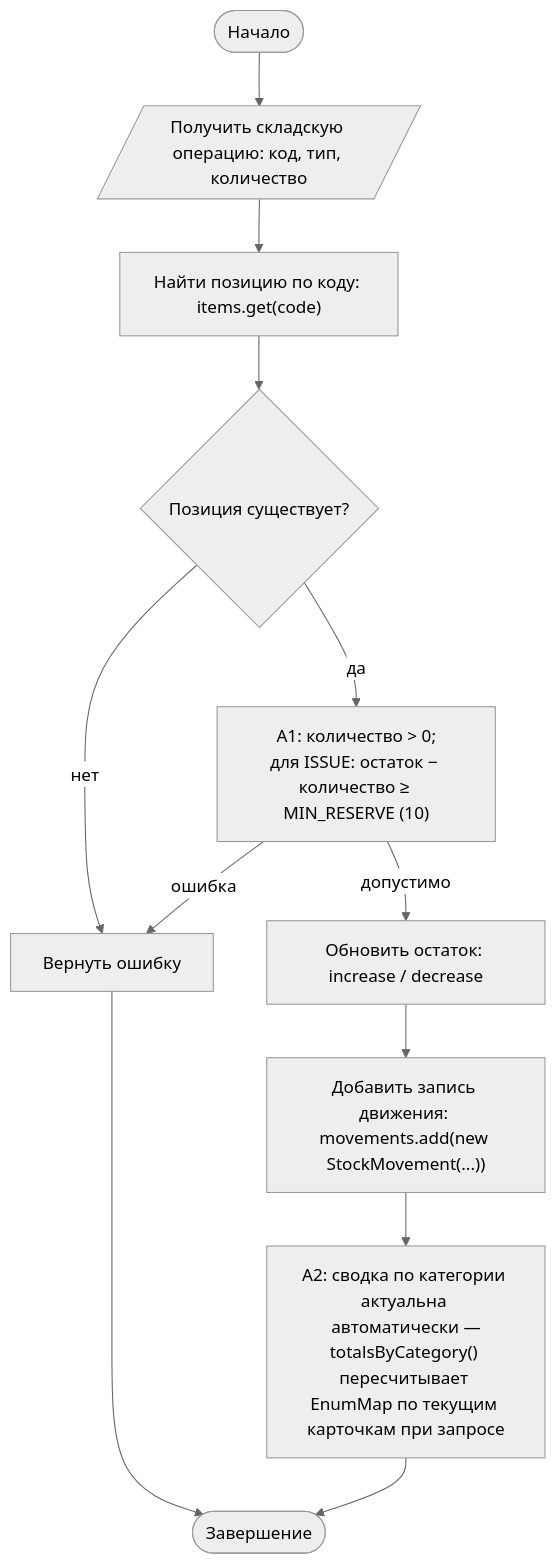
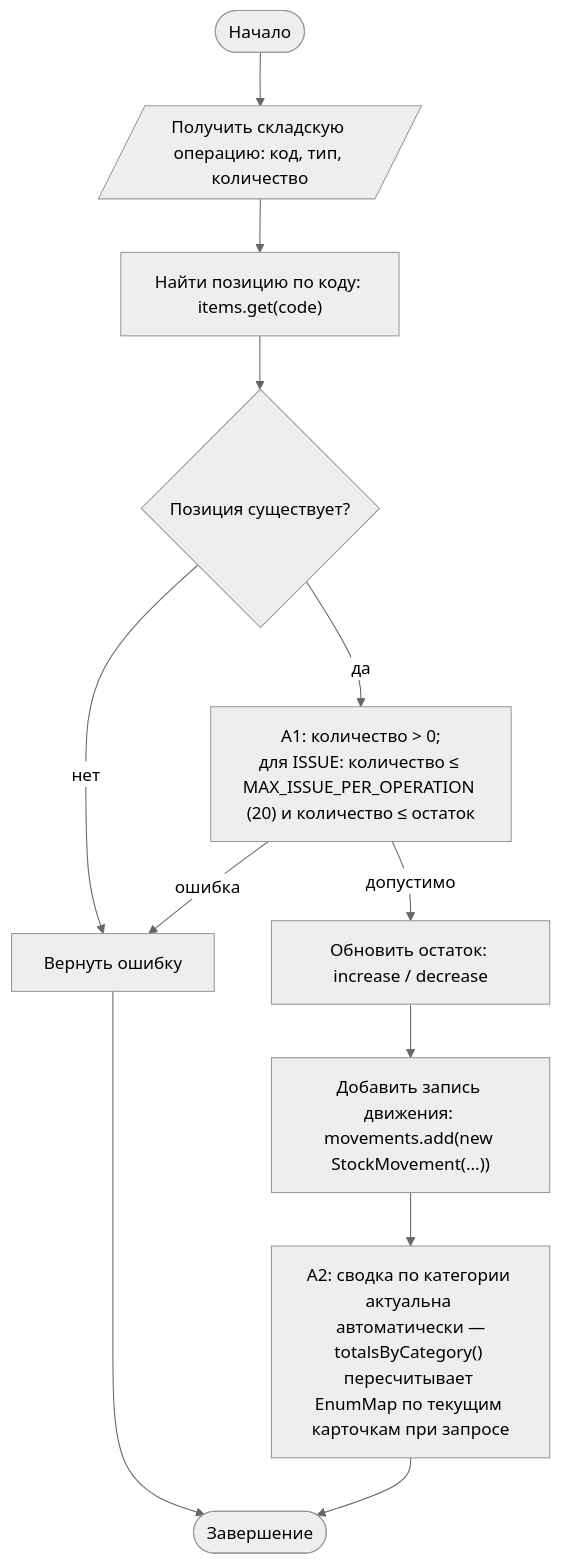
The first of 2 diagrams in pr09/README.md (f1shi/java-practice), drawn with Mermaid (neutral theme) before and after one commit. The commit also changed other lines of this file and 68 other files, not shown here.

````diff
--- a/pr09/README.md
+++ b/pr09/README.md
@@ -29,13 +30,13 @@
 ```mermaid
 flowchart TD
     S([Начало]) --> IN[/Получить складскую операцию: код, тип, количество/]
     IN --> F["Найти позицию по коду: items.get(code)"]
     F --> EX{Позиция существует?}
     EX -- нет --> ERR[Вернуть ошибку] --> E([Завершение])
-    EX -- да --> A1["A1: количество > 0;<br/>для ISSUE: остаток − количество ≥ MIN_RESERVE (10)"]
+    EX -- да --> A1["A1: количество > 0;<br/>для ISSUE: количество ≤ MAX_ISSUE_PER_OPERATION (20) и количество ≤ остаток"]
     A1 -- ошибка --> ERR
     A1 -- допустимо --> UPD["Обновить остаток: increase / decrease"]
     UPD --> MOV["Добавить запись движения: movements.add(new StockMovement(...))"]
     MOV --> A2["A2: сводка по категории актуальна автоматически —<br/>totalsByCategory() пересчитывает EnumMap по текущим карточкам при запросе"]
     A2 --> E
 ```
````
